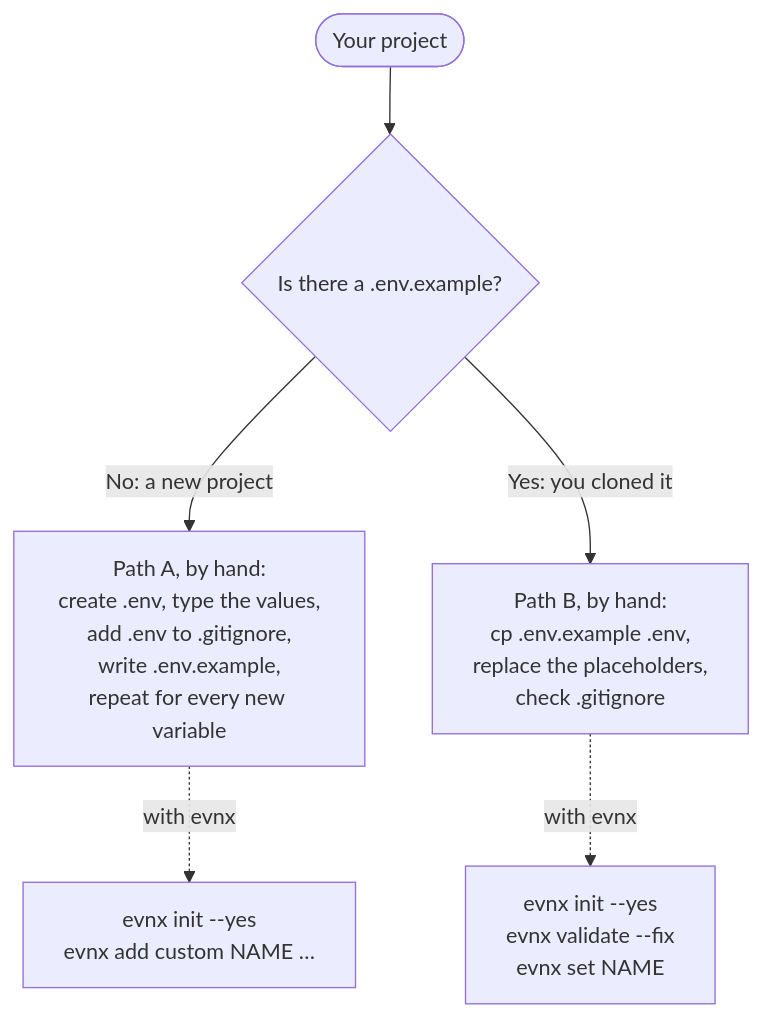
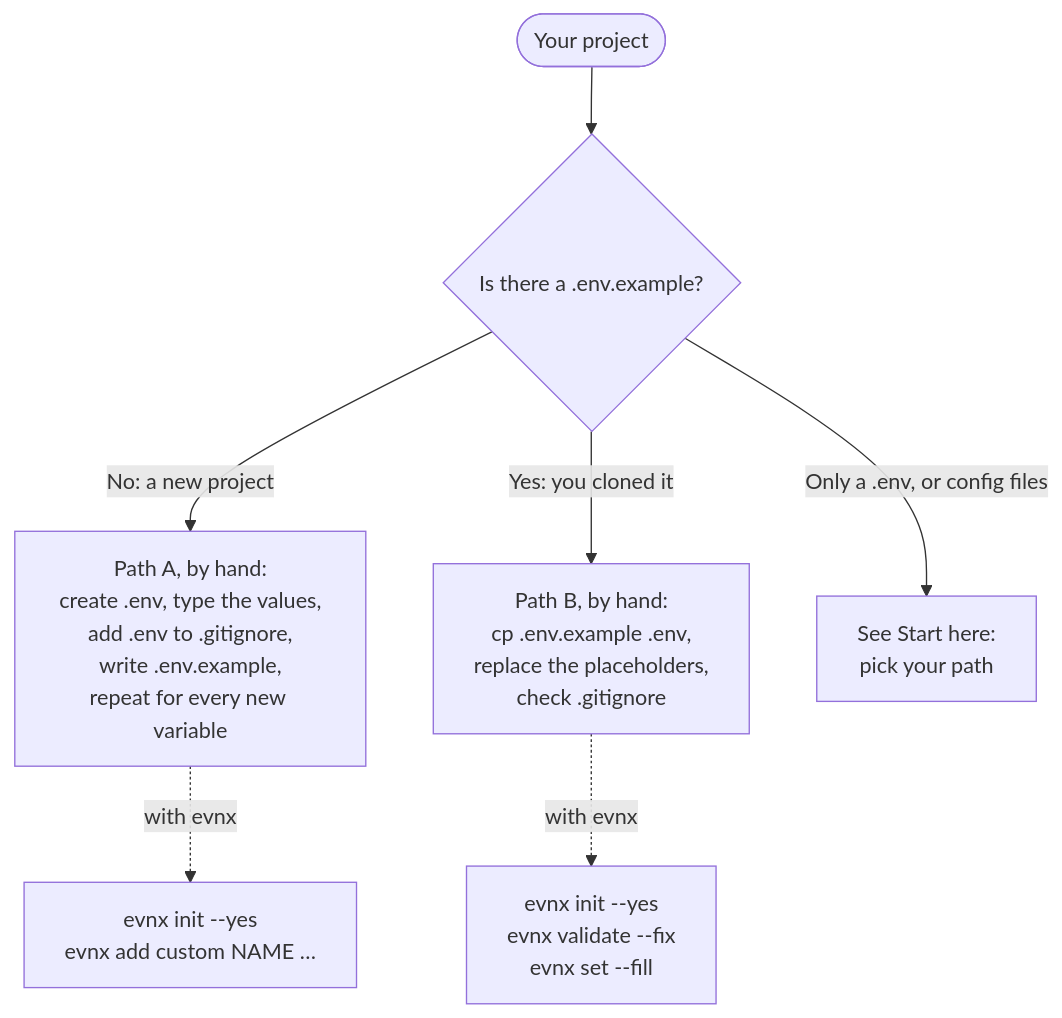
One commit to urwithajit9/evnx-web changed the diagram in packages/docs-content/guides/getting-started/quick-start.mdx. Above: the diagram before and after it, drawn with Mermaid. The commit also changed other lines of this file, not shown here.

Commit message:
docs(quick-start): outputs from 0.16.0: set --fill in path B, a git repository for the demo, scan's next steps for an ignored .env, rev v0.16.0; Start here in the diagram

````diff
--- a/packages/docs-content/guides/getting-started/quick-start.mdx
+++ b/packages/docs-content/guides/getting-started/quick-start.mdx
@@ -30,8 +30,9 @@
 ```mermaid
 flowchart TB
     start([Your project]) --> q{Is there a .env.example?}
     q -- "No: a new project" --> A["Path A, by hand:<br/>create .env, type the values,<br/>add .env to .gitignore,<br/>write .env.example,<br/>repeat for every new variable"]
     q -- "Yes: you cloned it" --> B["Path B, by hand:<br/>cp .env.example .env,<br/>replace the placeholders,<br/>check .gitignore"]
+    q -- "Only a .env, or config files" --> C["See Start here:<br/>pick your path"]
     A -. with evnx .-> A2["evnx init --yes<br/>evnx add custom NAME …"]
-    B -. with evnx .-> B2["evnx init --yes<br/>evnx validate --fix<br/>evnx set NAME"]
+    B -. with evnx .-> B2["evnx init --yes<br/>evnx validate --fix<br/>evnx set --fill"]
 ```
````
